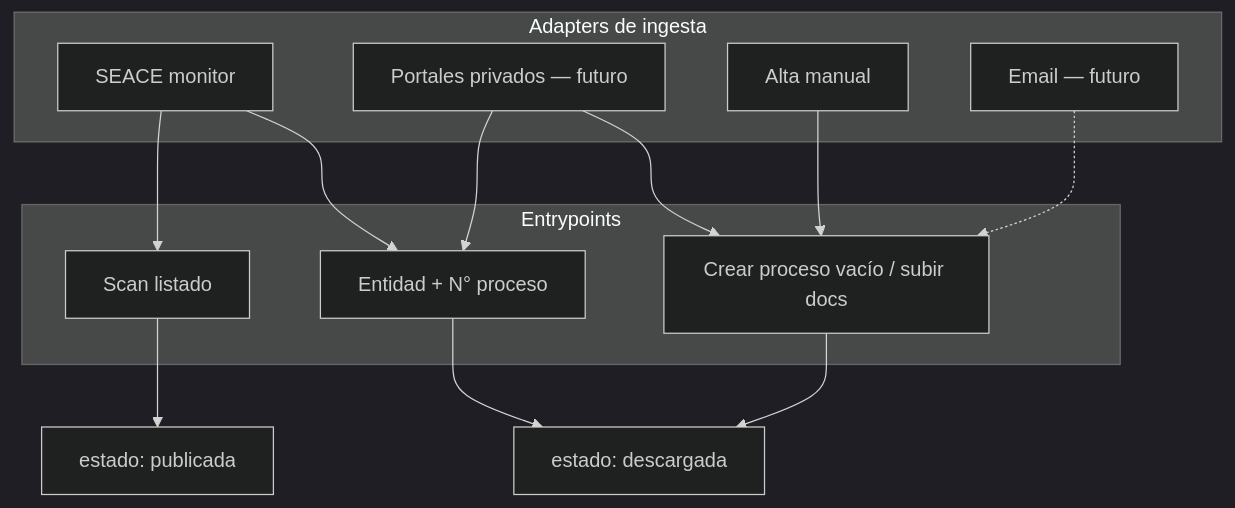
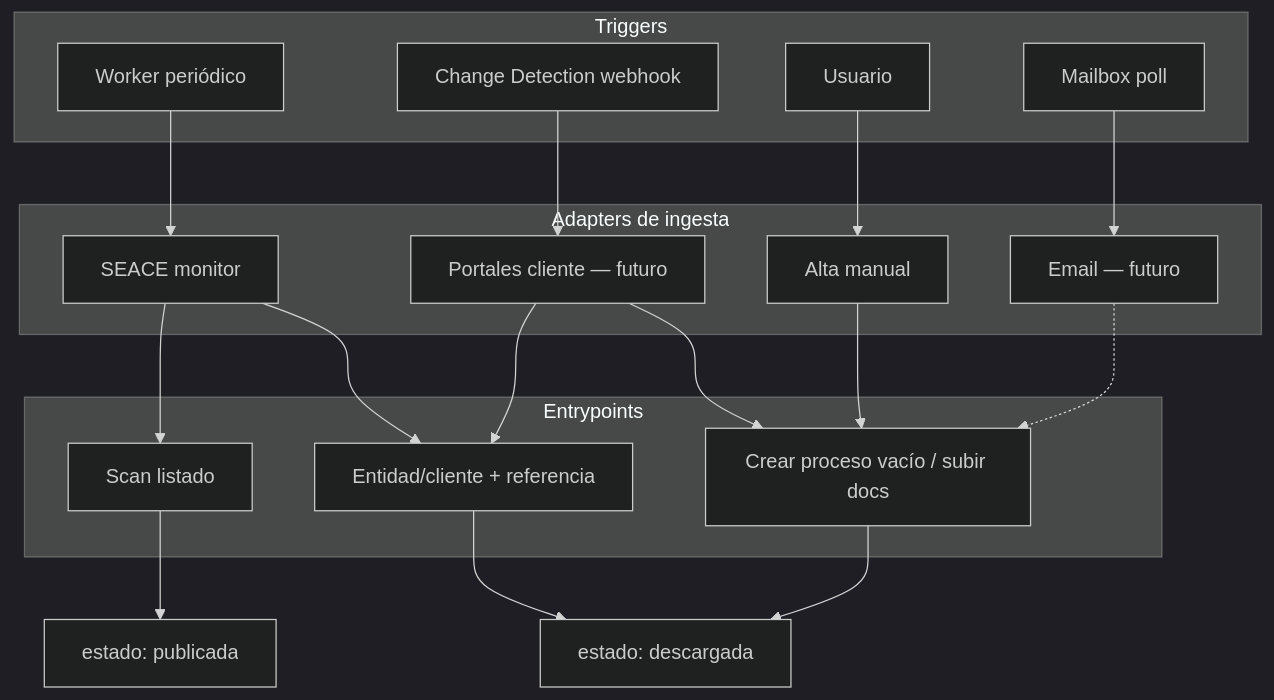
Before and after one commit to rmichelena/tender_workflows: the diagram in docs/STAGES.md, drawn with Mermaid (dark theme). The commit also changed other lines of this file and 8 other files, not shown here.

````diff
--- a/docs/STAGES.md
+++ b/docs/STAGES.md
@@ -45,26 +49,37 @@
 ```mermaid
 flowchart TB
   subgraph adapters [Adapters de ingesta]
     SEACE[SEACE monitor]
-    PORTAL[Portales privados — futuro]
+    PORTAL[Portales cliente — futuro]
     MANUAL[Alta manual]
     EMAIL[Email — futuro]
   end
 
+  subgraph triggers [Triggers]
+    T1[Worker periódico]
+    T2[Change Detection webhook]
+    T3[Mailbox poll]
+    T4[Usuario]
+  end
+
   subgraph entry [Entrypoints]
     E1[Scan listado]
-    E2[Entidad + N° proceso]
+    E2[Entidad/cliente + referencia]
     E3[Crear proceso vacío / subir docs]
   end
 
+  T1 --> SEACE
+  T2 --> PORTAL
+  T3 --> EMAIL
+  T4 --> MANUAL
   SEACE --> E1
   SEACE --> E2
   PORTAL --> E2
   PORTAL --> E3
   MANUAL --> E3
   EMAIL -.-> E3
 
   E1 --> PUB[estado: publicada]
   E2 --> DESC[estado: descargada]
   E3 --> DESC
 ```
````
